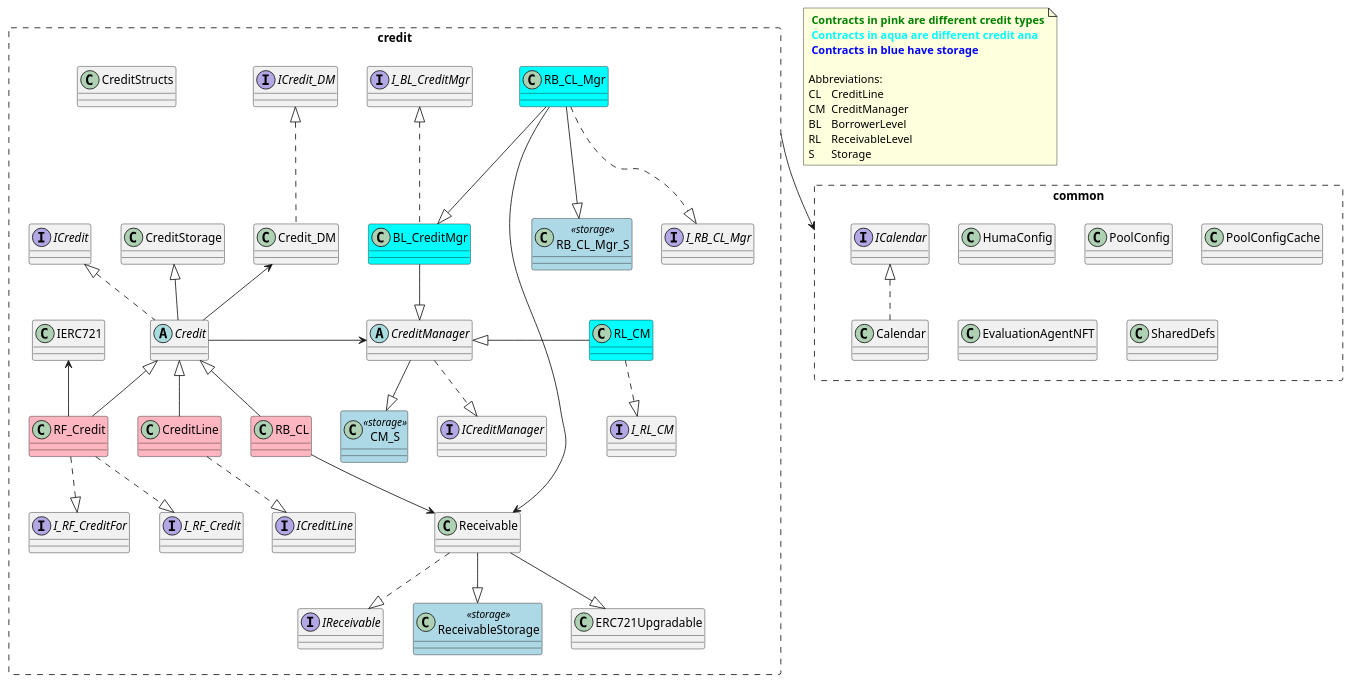
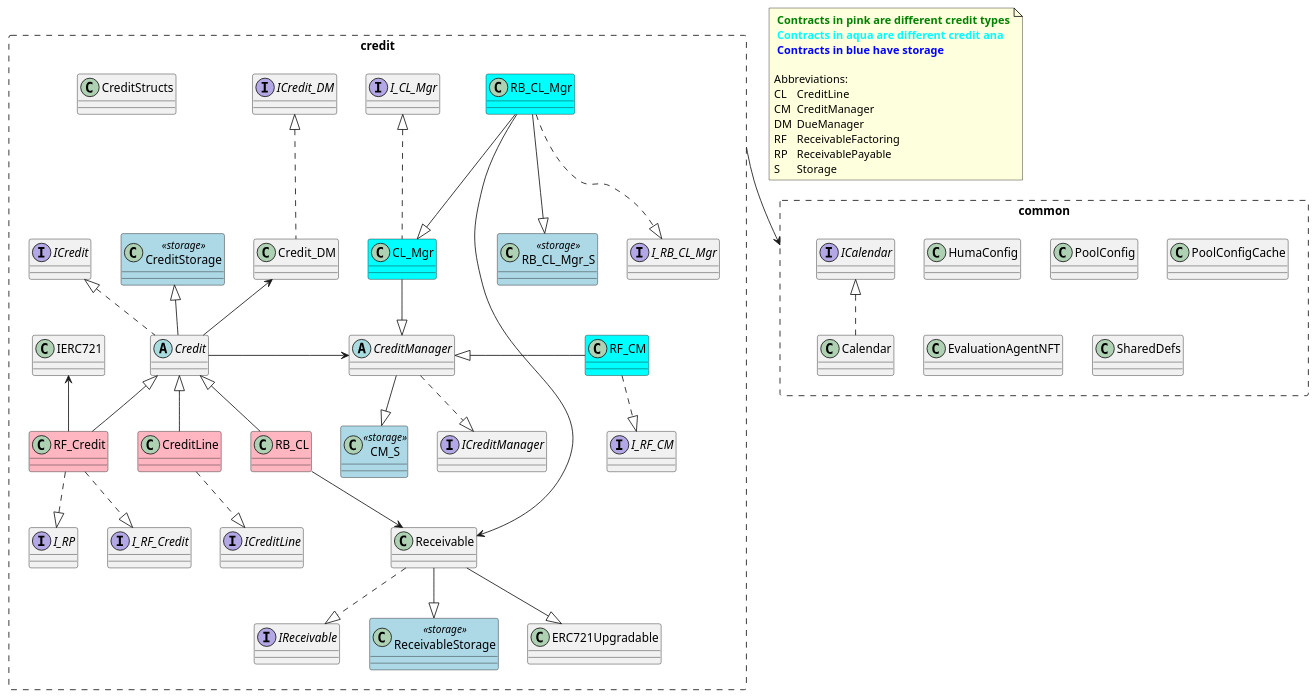
Before and after one commit to 00labs/huma-contracts-v2: the diagram in docs/umls/creditClassDiagram.puml, drawn with PlantUML.

Commit message:
Udpdate Credit class diagram using the new names.

```diff
--- a/docs/umls/creditClassDiagram.puml
+++ b/docs/umls/creditClassDiagram.puml
@@ -1,104 +1,104 @@
 @startuml
 allowmixing
 
 rectangle "common" #line.dashed {
   interface ICalendar
   class Calendar
   class HumaConfig
   class PoolConfig
   class PoolConfigCache
   class EvaluationAgentNFT
   class SharedDefs
   ICalendar <|.. Calendar
 }
 
 
 package credit <<Rectangle>> #line.dashed {
-  interface I_BL_CreditMgr
+  interface I_CL_Mgr
   interface ICredit
   interface ICredit_DM
   interface ICreditLine
   interface ICreditManager
   interface IReceivable
   interface I_RB_CL_Mgr
   interface I_RF_Credit
-  interface I_RF_CreditFor
-  interface I_RL_CM
+  interface I_RP
+  interface I_RF_CM
 
-  class BL_CreditMgr #back:aqua
+  class CL_Mgr #back:aqua
   abstract class Credit
   class Credit_DM
   class CreditLine #back:lightpink
   abstract class CreditManager
   class CM_S <<storage>> #back:lightblue
-  class CreditStorage
+  class CreditStorage <<storage>> #back:lightblue
   class CreditStructs
   class Receivable
   class RB_CL #back:lightpink
   class RB_CL_Mgr #back:aqua
   class RB_CL_Mgr_S <<storage>> #back:lightblue
   class RF_Credit #back:lightpink
-  class RL_CM #back:aqua
+  class RF_CM #back:aqua
   class ReceivableStorage <<storage>> #back:lightblue
 
 
-BL_CreditMgr .up.|> I_BL_CreditMgr
-BL_CreditMgr --|> CreditManager
+CL_Mgr .up.|> I_CL_Mgr
+CL_Mgr --|> CreditManager
 
 Credit .up.|> ICredit
 Credit -up-|> CreditStorage
 
 Credit_DM .up.|> ICredit_DM
 
 CreditLine ..|> ICreditLine
 CreditLine -up-|> Credit
 
 CreditManager ..|> ICreditManager 
 CreditManager --|> CM_S
 
 
 Receivable ..|> IReceivable
 Receivable --|> ReceivableStorage
 Receivable --|> ERC721Upgradable
   
 RB_CL -up-|> Credit
 
 RB_CL_Mgr ..|> I_RB_CL_Mgr
-RB_CL_Mgr --|> BL_CreditMgr
+RB_CL_Mgr --|> CL_Mgr
 RB_CL_Mgr --|> RB_CL_Mgr_S
 
 RF_Credit ..|> I_RF_Credit
-RF_Credit ..|> I_RF_CreditFor
+RF_Credit ..|> I_RP
 RF_Credit -up-|> Credit
 RF_Credit -up-> IERC721
 
-RL_CM -right-|> CreditManager
+RF_CM -right-|> CreditManager
 
-RL_CM ..|>I_RL_CM
+RF_CM ..|>I_RF_CM
 
 Receivable <-up- RB_CL
 Receivable <-up- RB_CL_Mgr
 
 Credit -right-> CreditManager
 Credit -up-> Credit_DM
 
 }
 
 
 
 note as NoteCredit
   <b><font color="green"> Contracts in pink are different credit types</b>
   <b><font color="aqua"> Contracts in aqua are different credit ana</b>
   <b><font color="blue"> Contracts in blue have storage</b>
 
   Abbreviations:
   CL\tCreditLine
   CM\tCreditManager 
-  BL\tBorrowerLevel
-  RL\tReceivableLevel
+  DM\tDueManager
+  RF\tReceivableFactoring
+  RP\tReceivablePayable
   S\tStorage
 end note
 
 credit --> common
-
 @enduml
```
